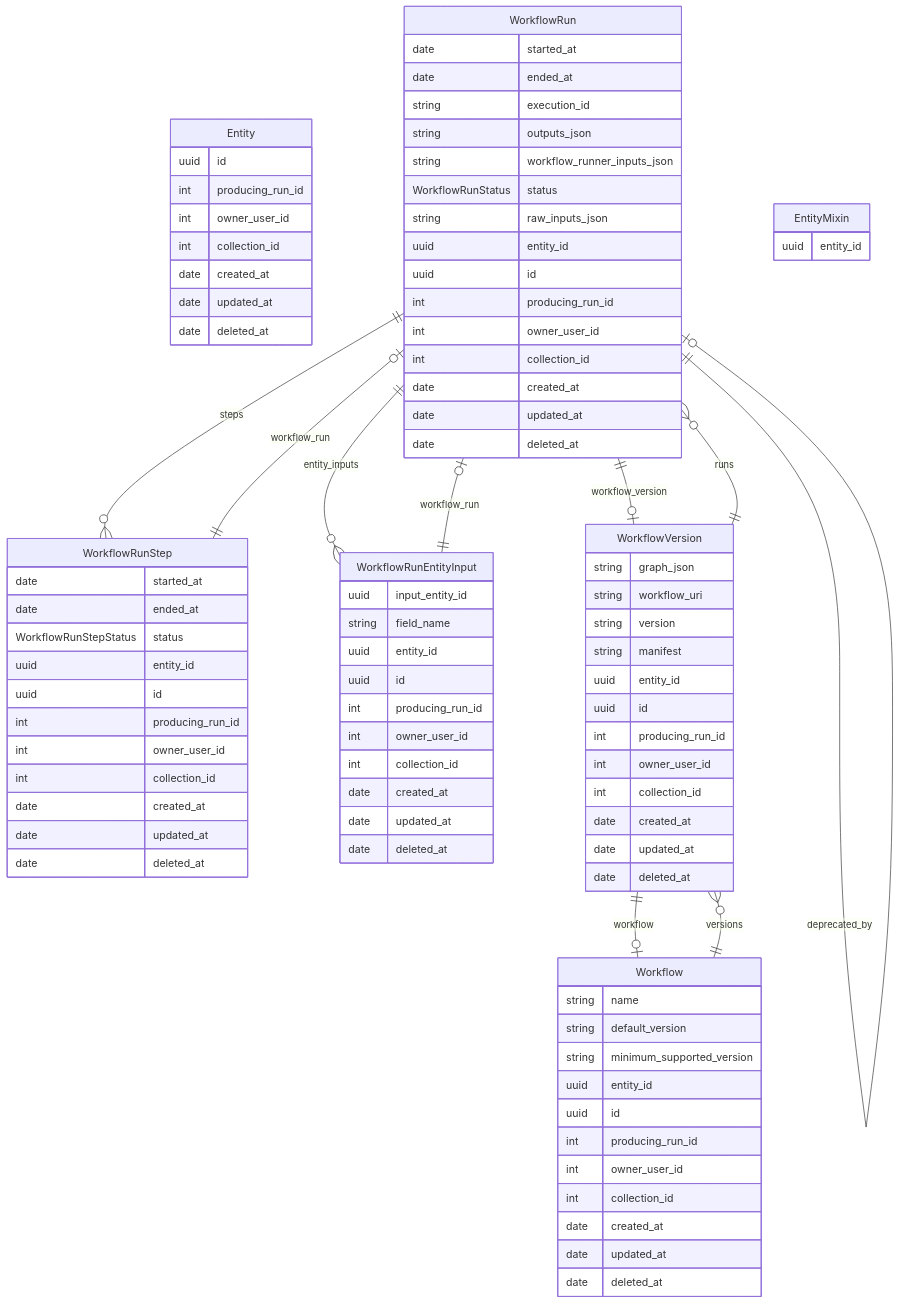
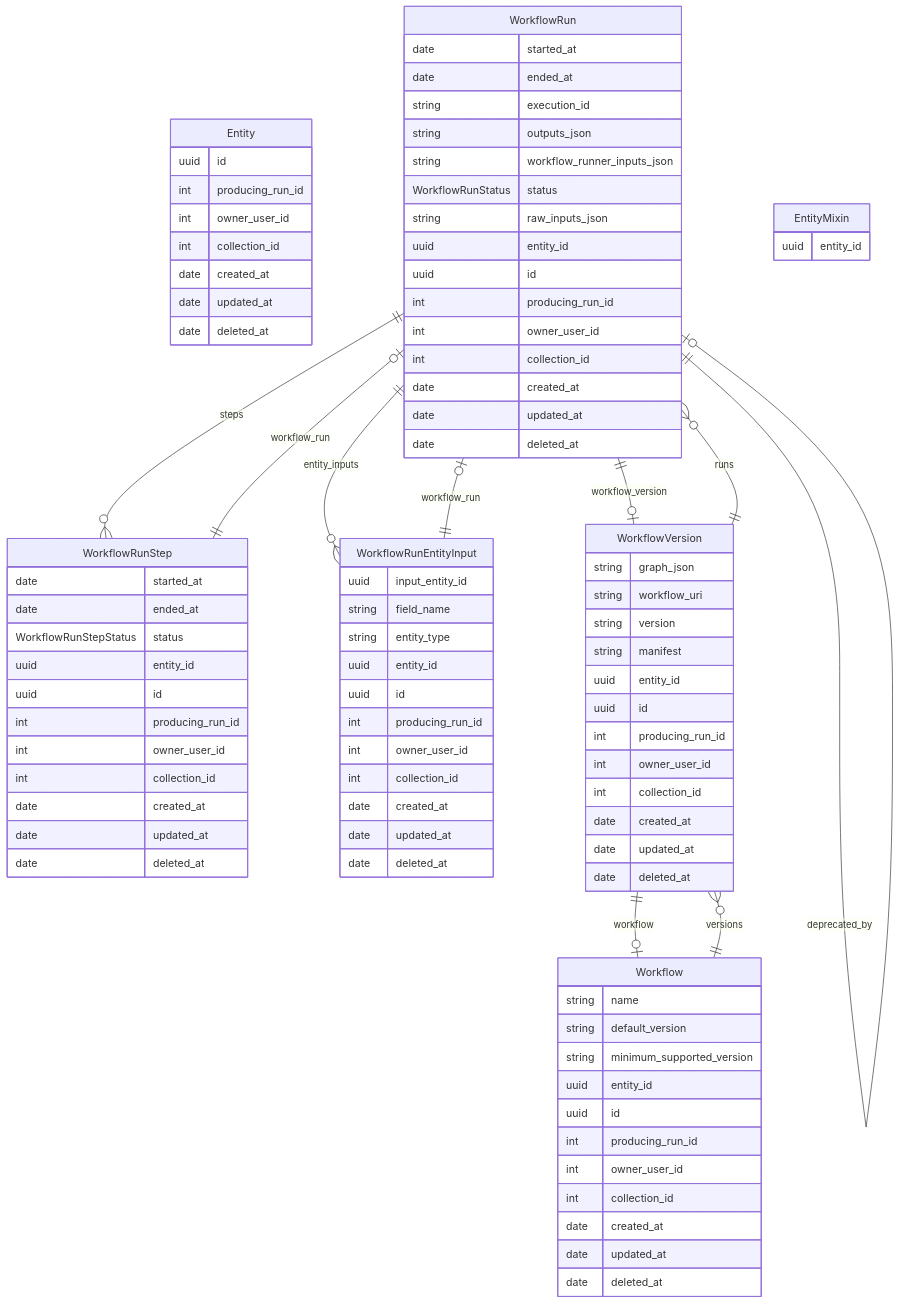
The diagram in workflows/schema/README.md (chanzuckerberg/czid-platformics), drawn with Mermaid before and after one commit. The commit also changed 17 other files, not shown here.

```diff
--- a/workflows/schema/README.md
+++ b/workflows/schema/README.md
@@ -55,6 +55,7 @@
 WorkflowRunEntityInput {
     uuid input_entity_id  
     string field_name  
+    string entity_type  
     uuid entity_id  
     uuid id  
     int producing_run_id  
```
